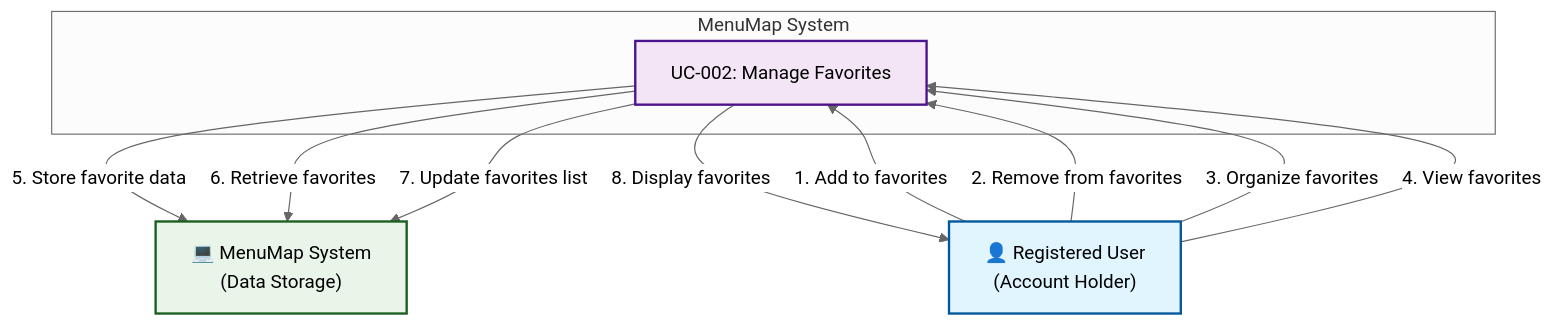
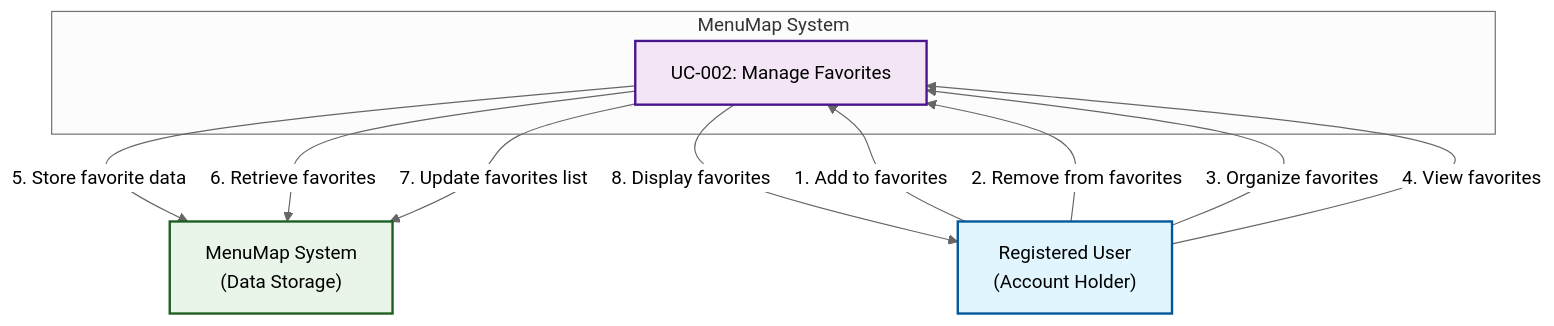
Before and after one commit to AndreLewis1400/MenuMap: the second of 4 diagrams in Deliverable3_Implementation/AndreLewis1400/MenuMap/Deliverable1_Requirements/Use_Case_Diagrams.md, drawn with Mermaid (neutral theme). The commit also changed other lines of this file and 151 other files, not shown here.

````diff
--- a/Deliverable3_Implementation/AndreLewis1400/MenuMap/Deliverable1_Requirements/Use_Case_Diagrams.md
+++ b/Deliverable3_Implementation/AndreLewis1400/MenuMap/Deliverable1_Requirements/Use_Case_Diagrams.md
@@ -88,27 +88,27 @@
 ```mermaid
 graph TB
-    subgraph "MenuMap System"
-        UC2["UC-002: Manage Favorites"]
-    end
-    
-    RegisteredUser["👤 Registered User<br/>(Account Holder)"]
-    System["💻 MenuMap System<br/>(Data Storage)"]
-    
-    RegisteredUser -->|"1. Add to favorites"| UC2
-    RegisteredUser -->|"2. Remove from favorites"| UC2
-    RegisteredUser -->|"3. Organize favorites"| UC2
-    RegisteredUser -->|"4. View favorites"| UC2
-    
-    UC2 -->|"5. Store favorite data"| System
-    UC2 -->|"6. Retrieve favorites"| System
-    UC2 -->|"7. Update favorites list"| System
-    UC2 -->|"8. Display favorites"| RegisteredUser
-    
-    classDef actor fill:#e1f5fe,stroke:#01579b,stroke-width:2px
-    classDef usecase fill:#f3e5f5,stroke:#4a148c,stroke-width:2px
-    classDef system fill:#e8f5e8,stroke:#1b5e20,stroke-width:2px
-    
-    class RegisteredUser actor
-    class UC2 usecase
-    class System system
+ subgraph "MenuMap System"
+ UC2["UC-002: Manage Favorites"]
+ end
+ 
+ RegisteredUser[" Registered User<br/>(Account Holder)"]
+ System[" MenuMap System<br/>(Data Storage)"]
+ 
+ RegisteredUser -->|"1. Add to favorites"| UC2
+ RegisteredUser -->|"2. Remove from favorites"| UC2
+ RegisteredUser -->|"3. Organize favorites"| UC2
+ RegisteredUser -->|"4. View favorites"| UC2
+ 
+ UC2 -->|"5. Store favorite data"| System
+ UC2 -->|"6. Retrieve favorites"| System
+ UC2 -->|"7. Update favorites list"| System
+ UC2 -->|"8. Display favorites"| RegisteredUser
+ 
+ classDef actor fill:#e1f5fe,stroke:#01579b,stroke-width:2px
+ classDef usecase fill:#f3e5f5,stroke:#4a148c,stroke-width:2px
+ classDef system fill:#e8f5e8,stroke:#1b5e20,stroke-width:2px
+ 
+ class RegisteredUser actor
+ class UC2 usecase
+ class System system
 ```
````
